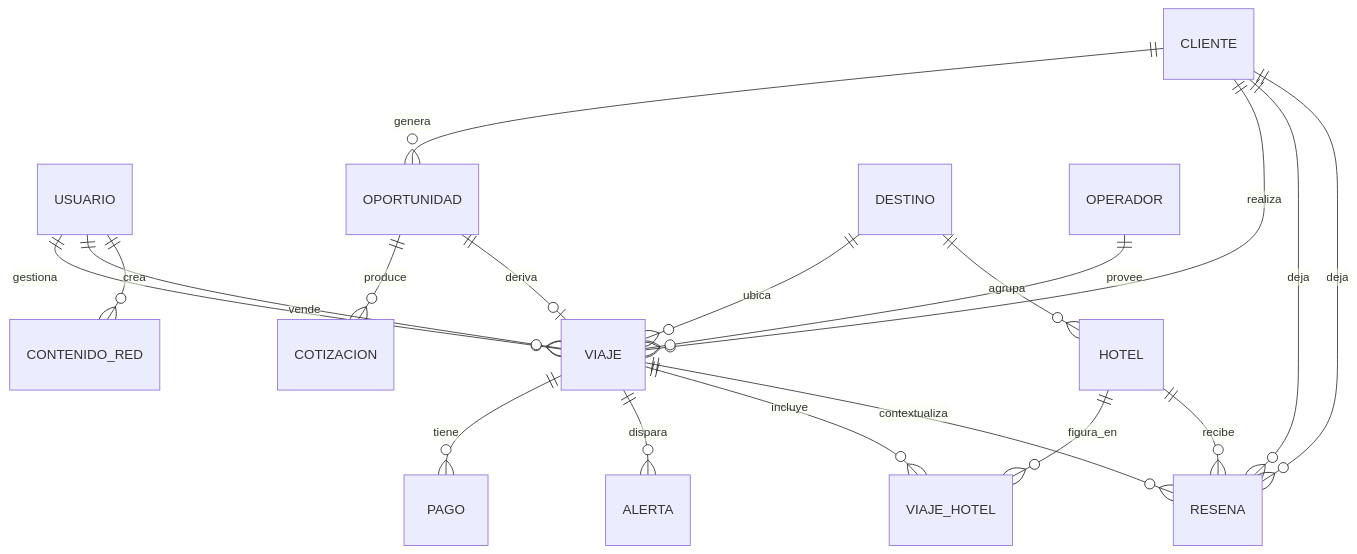
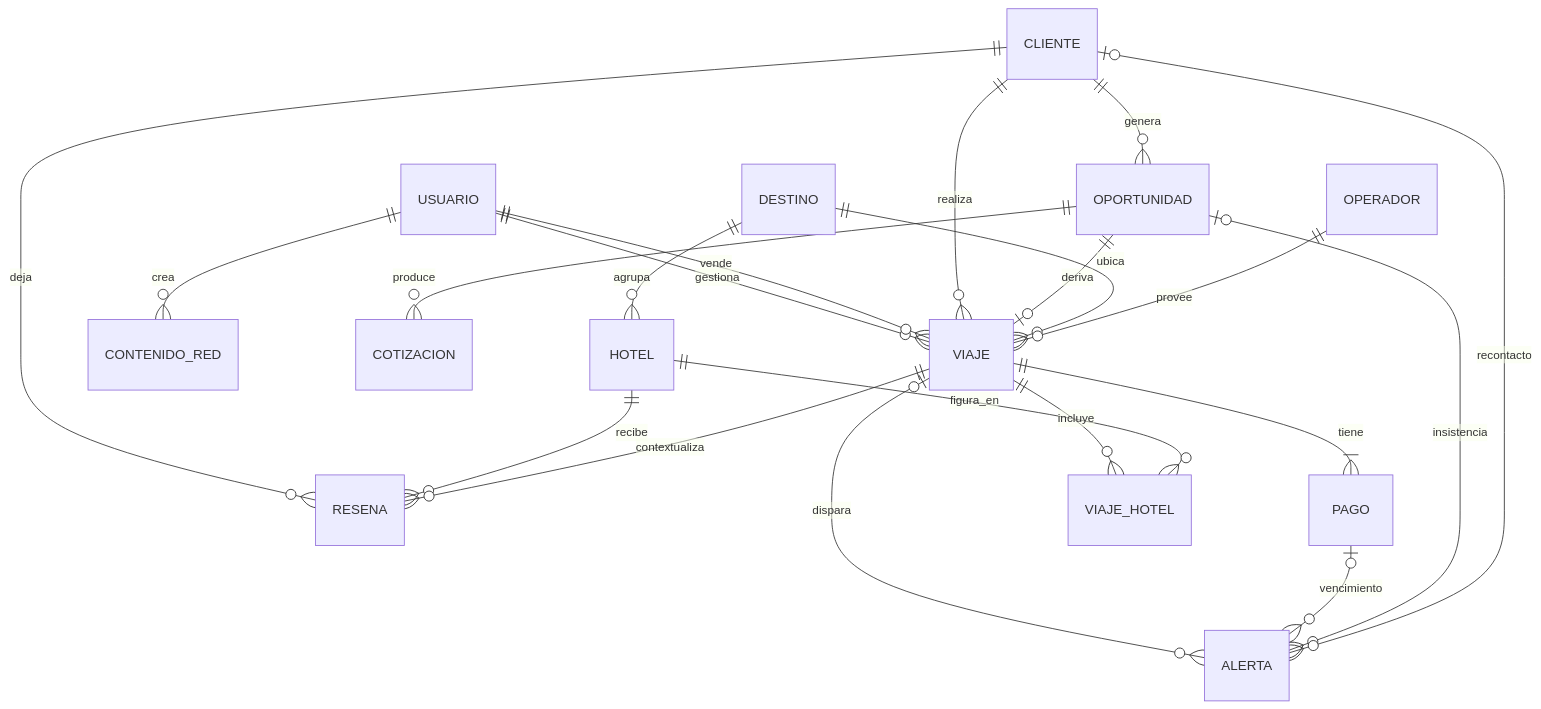
Before and after one commit to FranLuciano04/Vault-Rumbo: the diagram in 03-Dominio/Diagramas/DGM-ER.md, drawn with Mermaid. The commit also changed other lines of this file and 5 other files, not shown here.

First line of the commit message:
Propagar al ER y a Viaje lo resuelto del diagrama de clases

````diff
--- a/03-Dominio/Diagramas/DGM-ER.md
+++ b/03-Dominio/Diagramas/DGM-ER.md
@@ -15,21 +15,24 @@
 ```mermaid
 erDiagram
     USUARIO ||--o{ VIAJE : gestiona
     USUARIO ||--o{ VIAJE : vende
     USUARIO ||--o{ CONTENIDO_RED : crea
     CLIENTE ||--o{ OPORTUNIDAD : genera
     CLIENTE ||--o{ VIAJE : realiza
     CLIENTE ||--o{ RESENA : deja
     OPORTUNIDAD ||--o{ COTIZACION : produce
     OPORTUNIDAD ||--o| VIAJE : deriva
     DESTINO ||--o{ VIAJE : ubica
     DESTINO ||--o{ HOTEL : agrupa
     OPERADOR ||--o{ VIAJE : provee
-    VIAJE ||--o{ PAGO : tiene
-    VIAJE ||--o{ ALERTA : dispara
+    VIAJE ||--|{ PAGO : tiene
     VIAJE ||--o{ VIAJE_HOTEL : incluye
     HOTEL ||--o{ VIAJE_HOTEL : figura_en
     HOTEL ||--o{ RESENA : recibe
-    CLIENTE ||--o{ RESENA : deja
     VIAJE ||--o{ RESENA : contextualiza
+
+    VIAJE |o--o{ ALERTA : dispara
+    PAGO |o--o{ ALERTA : vencimiento
+    OPORTUNIDAD |o--o{ ALERTA : insistencia
+    CLIENTE |o--o{ ALERTA : recontacto
 ```
````
